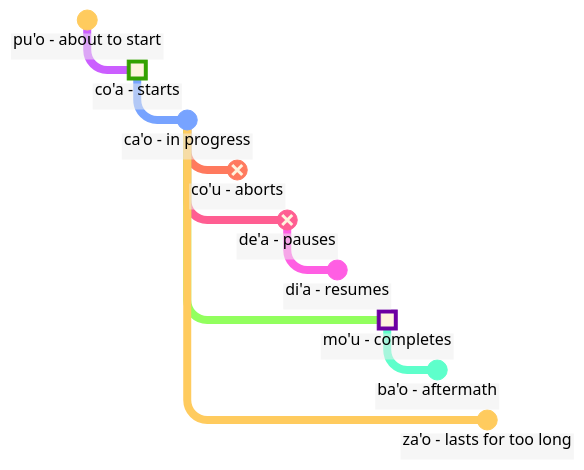
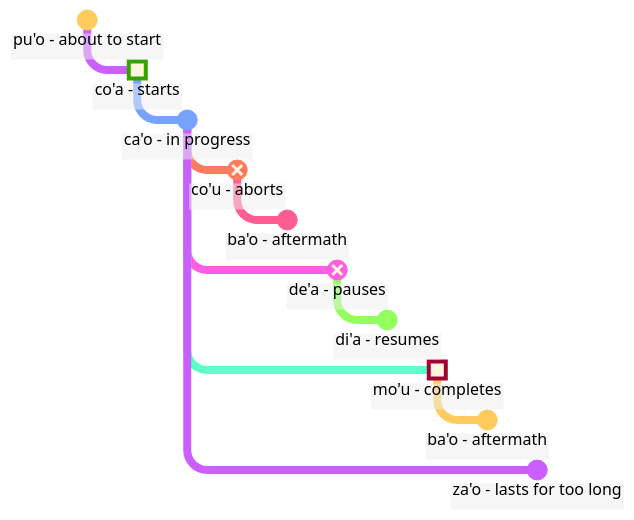
One commit to La-Lojban/lojban.pw changed the diagram in data/pages/en/books/learn-lojban/6.md. Above: the diagram before and after it, drawn with Mermaid. The commit also changed other lines of this file and 24 other files, not shown here.

````diff
--- a/data/pages/en/books/learn-lojban/6.md
+++ b/data/pages/en/books/learn-lojban/6.md
@@ -547,57 +560,61 @@
 ```mermaid
 %%{
     init: {
         'logLevel': 'debug',
         'theme': 'base',
         'themeVariables': {
                 'commitLabelColor': '#000',
                 'commitLabelBackground': '#eee',
                 'commitLabelFontSize': '16px',
                 'tagLabelFontSize': '14px'
         },
         'htmlLabels': true,
         'gitGraph': {
             'showCommitLabel':true,
             'mainBranchName': 'event',
             'rotateCommitLabel': false,
             'showBranches': false
         }
     }
 }%%
 
 gitGraph
     checkout event
     commit id: "pu'o - about to start"
 
     checkout event
     branch start
     commit id: "co'a - starts" type:HIGHLIGHT
 
     checkout start
     branch progress
     commit id: "ca'o - in progress"
 
     checkout progress
     branch stop
     commit id: "co'u - aborts" type: REVERSE
 
+    checkout stop
+    branch aftermathStop
+    commit id: "ba'o - aftermath "
+
     checkout progress
     branch "pause"
     commit id: "de'a - pauses" type: REVERSE
 
     checkout "pause"
     branch resume
     commit id: "di'a - resumes"
 
     checkout progress
     branch completion
     commit id: "mo'u - completes" type: HIGHLIGHT
 
     checkout completion
     branch aftermath
     commit id: "ba'o - aftermath"
 
     checkout progress
     branch overdue
     commit id: "za'o - lasts for too long"
 ```
````
